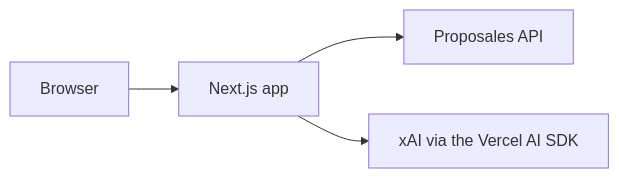
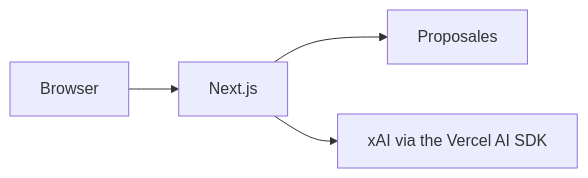
One commit to p10ns11y/proposales-planner-bench changed the diagram in README.md. Above: the diagram before and after it, drawn with Mermaid. The commit also changed other lines of this file and 26 other files, not shown here.

````diff
--- a/README.md
+++ b/README.md
@@ -57,10 +13,10 @@
 ```mermaid
 flowchart LR
   browser[Browser]
-  app[Next.js app]
-  api[Proposales API]
+  app[Next.js]
+  api[Proposales]
   model["xAI via the Vercel AI SDK"]
   browser --> app
   app --> api
   app --> model
 ```
````
